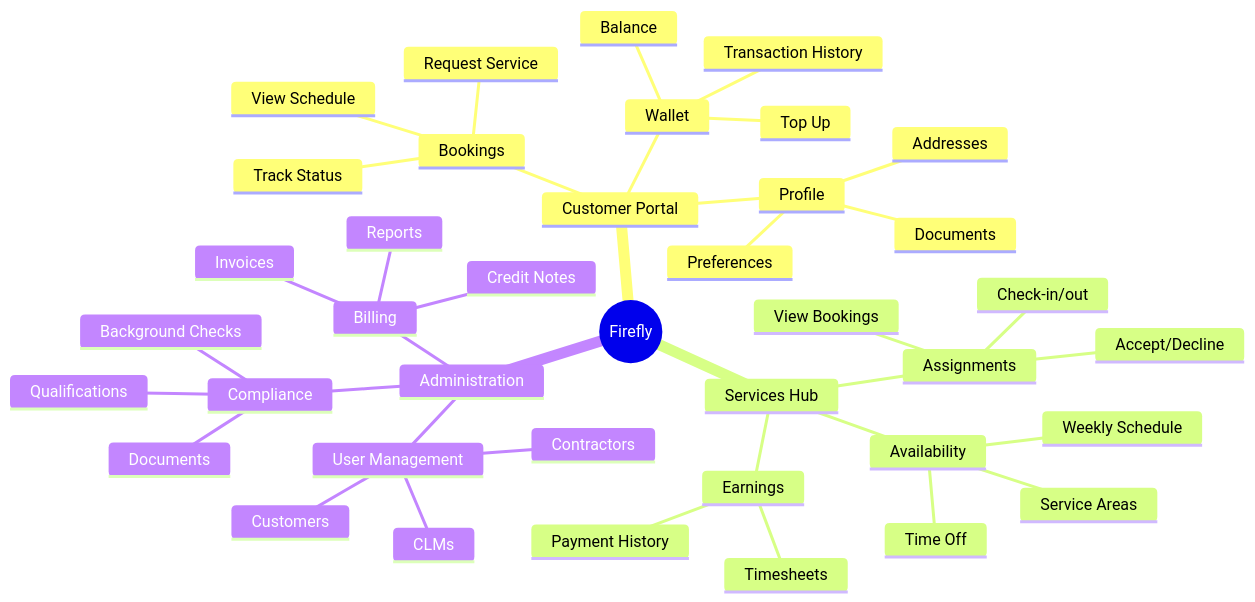
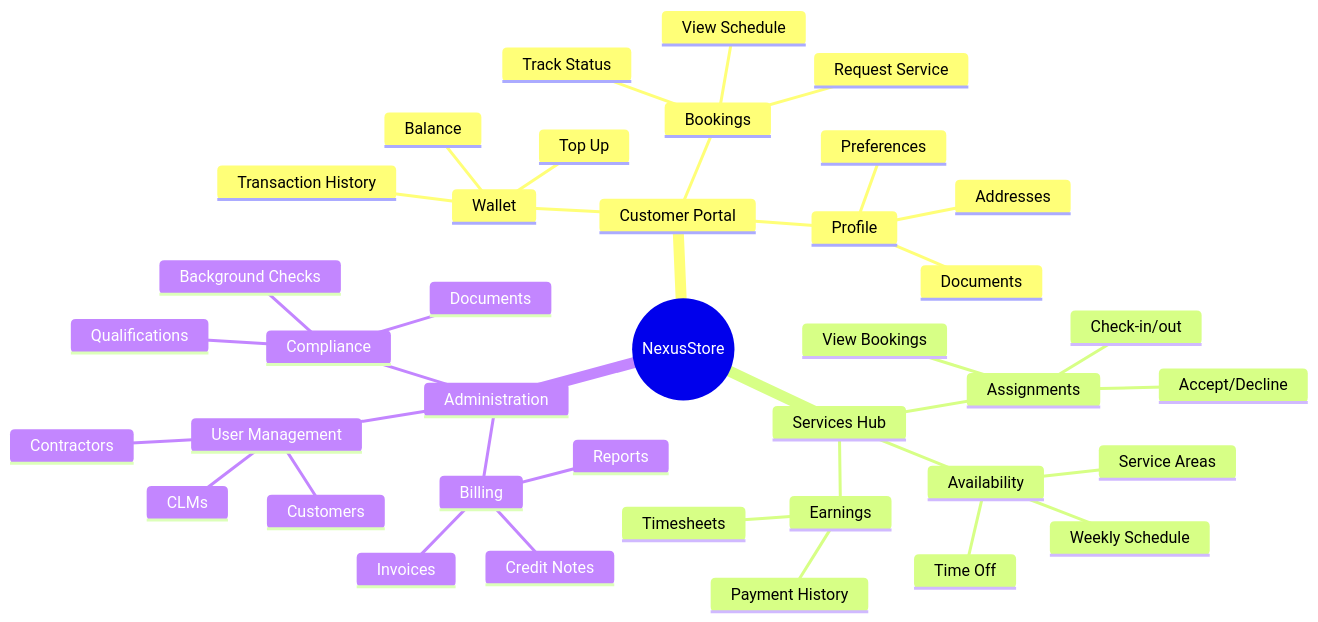
One commit to unfazed-dev/nexus_store changed the first of 5 diagrams in .claude/skills/mermaid-diagrams/assets/templates/mindmap-feature.md. Above: the diagram before and after it, drawn with Mermaid. The commit also changed 10 other files, not shown here.

````diff
--- a/.claude/skills/mermaid-diagrams/assets/templates/mindmap-feature.md
+++ b/.claude/skills/mermaid-diagrams/assets/templates/mindmap-feature.md
@@ -7,42 +7,42 @@
 ```mermaid
 mindmap
-    root((Firefly))
+    root((NexusStore))
         Customer Portal
             Bookings
                 Request Service
                 View Schedule
                 Track Status
             Wallet
                 Balance
                 Top Up
                 Transaction History
             Profile
                 Preferences
                 Addresses
                 Documents
         Services Hub
             Assignments
                 View Bookings
                 Accept/Decline
                 Check-in/out
             Availability
                 Weekly Schedule
                 Time Off
                 Service Areas
             Earnings
                 Timesheets
                 Payment History
         Administration
             User Management
                 Customers
                 Contractors
                 CLMs
             Compliance
                 Documents
                 Qualifications
                 Background Checks
             Billing
                 Invoices
                 Credit Notes
                 Reports
 ```
````
